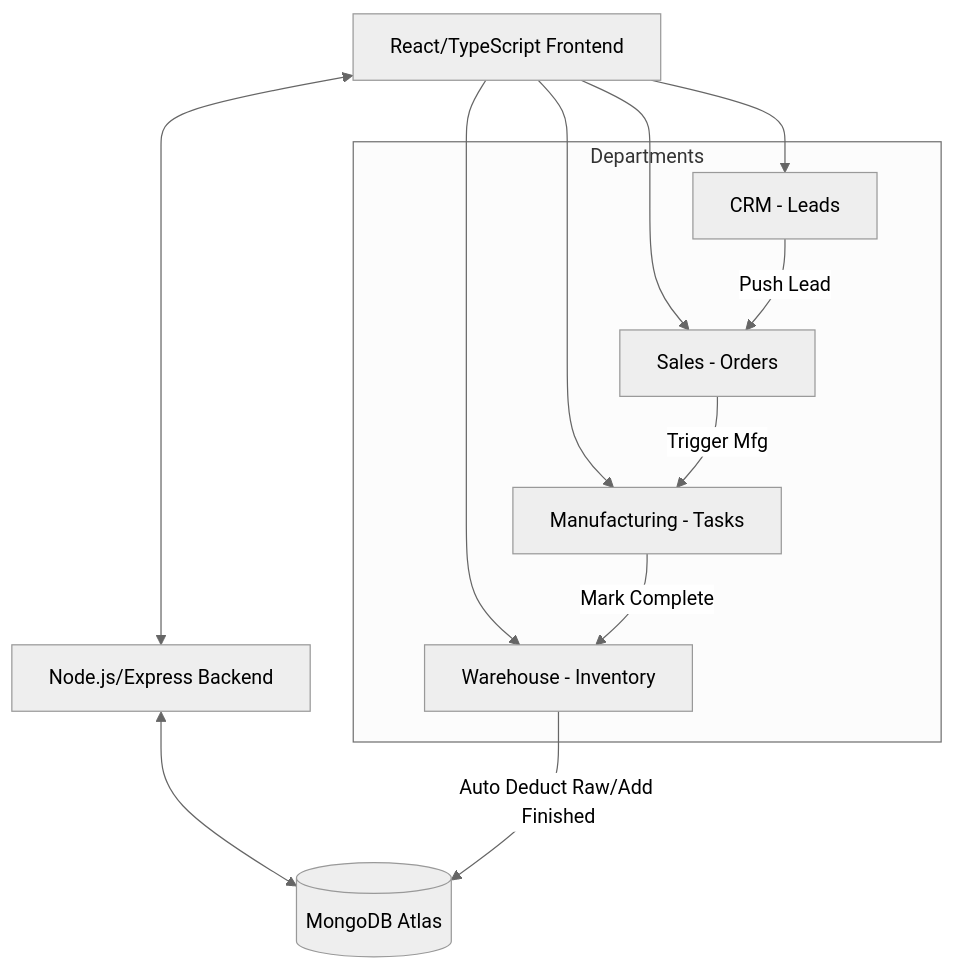
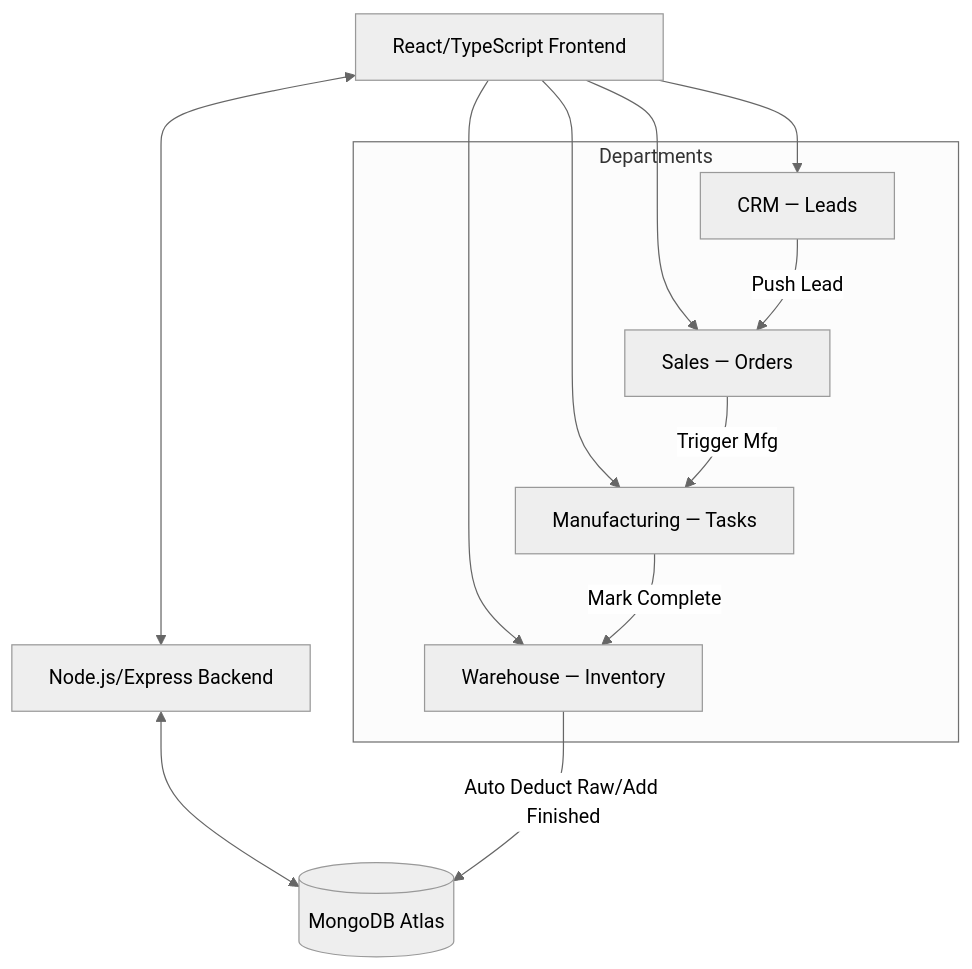
The diagram in README.md (arghya984/ERP-System-Prototype-), drawn with Mermaid (neutral theme) before and after one commit. The commit also changed other lines of this file, not shown here.

````diff
--- a/README.md
+++ b/README.md
@@ -7,22 +18,22 @@
 ```mermaid
 graph TD
     Client[React/TypeScript Frontend] <--> Server[Node.js/Express Backend]
     Server <--> Database[(MongoDB Atlas)]
 
     subgraph Departments
-        CRM[CRM - Leads]
-        Sales[Sales - Orders]
-        Mfg[Manufacturing - Tasks]
-        WH[Warehouse - Inventory]
+        CRM[CRM — Leads]
+        Sales[Sales — Orders]
+        Mfg[Manufacturing — Tasks]
+        WH[Warehouse — Inventory]
     end
 
     Client --> CRM
     Client --> Sales
     Client --> Mfg
     Client --> WH
 
     CRM -- Push Lead --> Sales
     Sales -- Trigger Mfg --> Mfg
     Mfg -- Mark Complete --> WH
     WH -- Auto Deduct Raw/Add Finished --> Database
 ```
````
